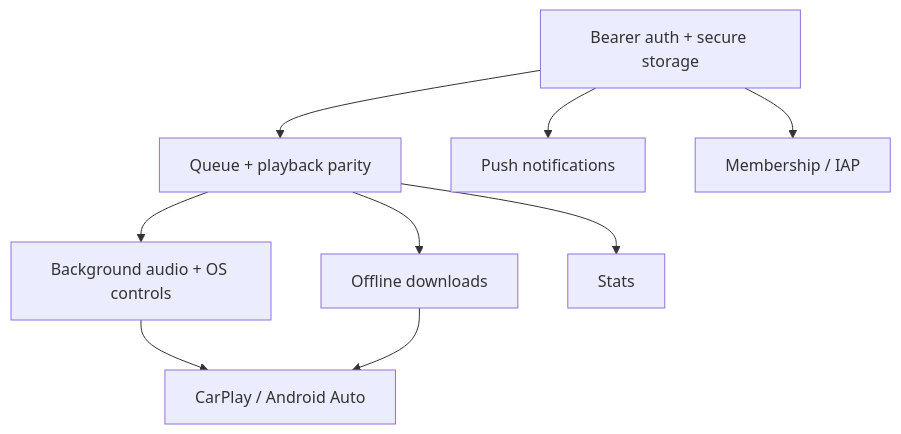
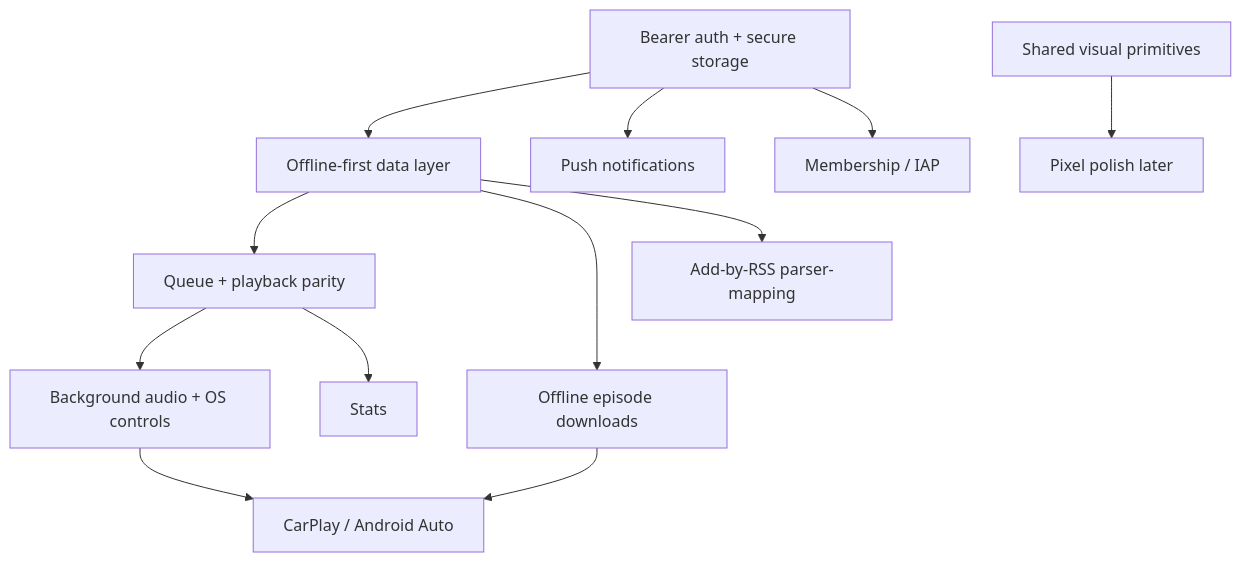
The first of 2 diagrams in docs/proposals/mobile/app-development-process/DOCS-MOBILE-PROCESS-MOBILE-ONLY-FEATURES.md (podverse/podverse), drawn with Mermaid before and after one commit. The commit also changed other lines of this file and 20 other files, not shown here.

First line of the commit message:
Enhance mobile data layer and repository structure

````diff
--- a/docs/proposals/mobile/app-development-process/DOCS-MOBILE-PROCESS-MOBILE-ONLY-FEATURES.md
+++ b/docs/proposals/mobile/app-development-process/DOCS-MOBILE-PROCESS-MOBILE-ONLY-FEATURES.md
@@ -165,11 +180,14 @@
 ```mermaid
 flowchart TD
-  Auth[Bearer auth + secure storage] --> Core[Queue + playback parity]
+  Auth[Bearer auth + secure storage] --> DataLayer[Offline-first data layer]
+  DataLayer --> Core[Queue + playback parity]
   Core --> BG[Background audio + OS controls]
   BG --> Car[CarPlay / Android Auto]
-  Core --> DL[Offline downloads]
+  DataLayer --> DL[Offline episode downloads]
   DL --> Car
+  DataLayer --> AddByRss[Add-by-RSS parser-mapping]
   Auth --> Push[Push notifications]
   Core --> Stats[Stats]
   Auth --> Member[Membership / IAP]
+  Primitives[Shared visual primitives] --> Polish[Pixel polish later]
 ```
````
